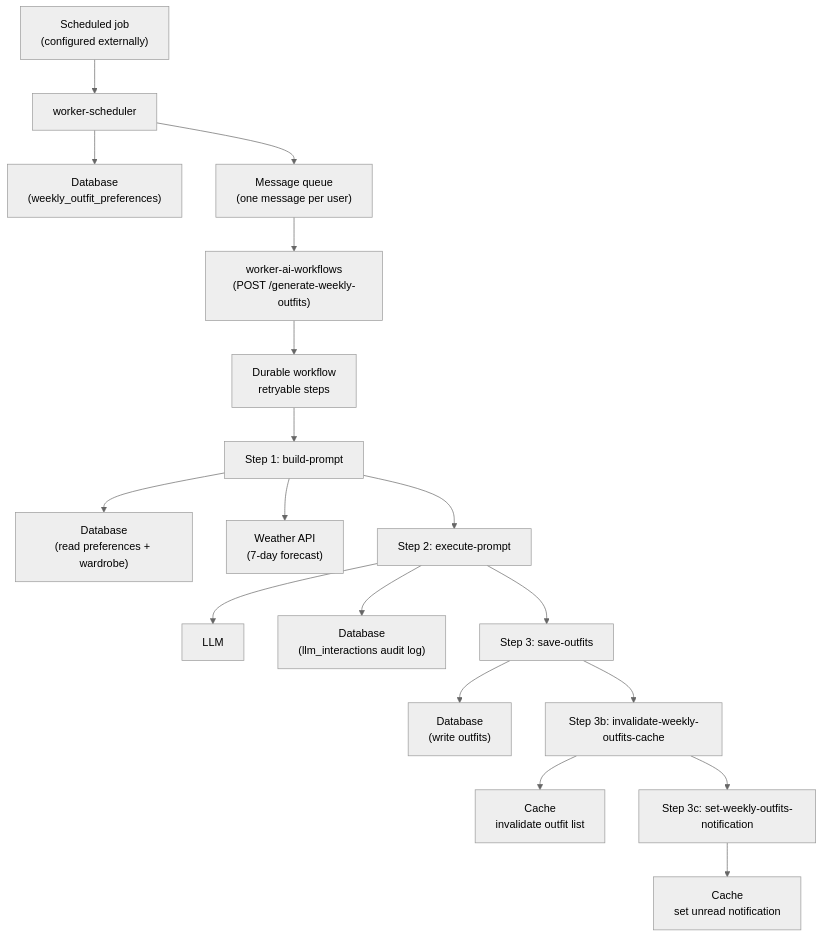
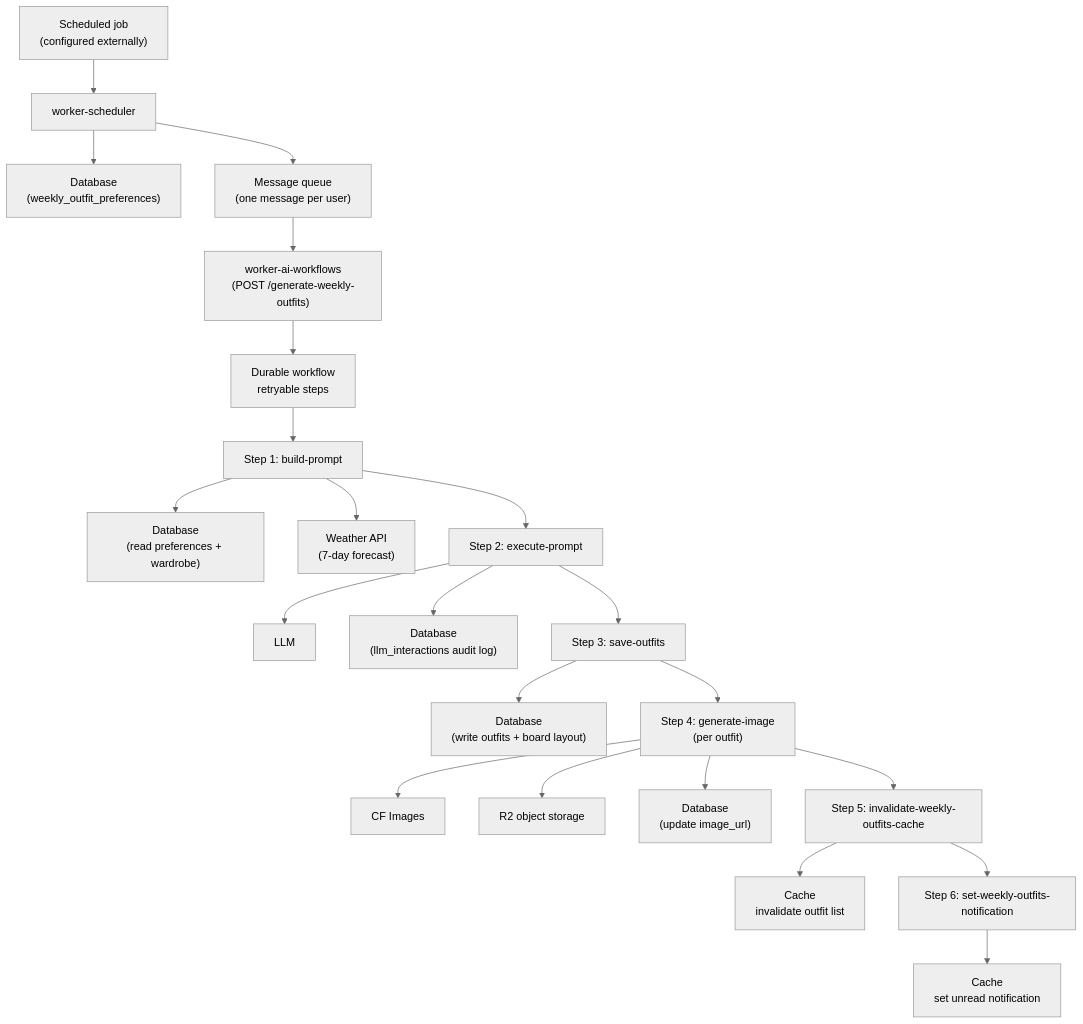
One commit to emmanuelviniciusdev/SkyDIIV--backstage changed the first of 3 diagrams in apps/worker-ai-workflows/docs/WEEKLY_OUTFITS_WORKFLOW.md. Above: the diagram before and after it, drawn with Mermaid (neutral theme). The commit also changed other lines of this file and 18 other files, not shown here.

First line of the commit message:
feat(worker-ai-workflows): add creative-board layout and thumbnails to weekly outfits

````diff
--- a/apps/worker-ai-workflows/docs/WEEKLY_OUTFITS_WORKFLOW.md
+++ b/apps/worker-ai-workflows/docs/WEEKLY_OUTFITS_WORKFLOW.md
@@ -25,32 +26,37 @@
 ```mermaid
 graph TD
     CRON["Scheduled job\n(configured externally)"]
     SCHED["worker-scheduler"]
     DB0["Database\n(weekly_outfit_preferences)"]
     MQ["Message queue\n(one message per user)"]
     WORKER["worker-ai-workflows\n(POST /generate-weekly-outfits)"]
     WF["Durable workflow\nretryable steps"]
 
     CRON --> SCHED
     SCHED --> DB0
     SCHED --> MQ
     MQ --> WORKER
     WORKER --> WF
 
     WF --> S1["Step 1: build-prompt"]
     S1 --> DB1["Database\n(read preferences + wardrobe)"]
     S1 --> WX["Weather API\n(7-day forecast)"]
 
     S1 --> S2["Step 2: execute-prompt"]
     S2 --> LLM["LLM"]
     S2 --> LLMLOG["Database\n(llm_interactions audit log)"]
 
     S2 --> S3["Step 3: save-outfits"]
-    S3 --> DB2["Database\n(write outfits)"]
+    S3 --> DB2["Database\n(write outfits + board layout)"]
 
-    S3 --> S3B["Step 3b: invalidate-weekly-outfits-cache"]
-    S3B --> CACHE1["Cache\ninvalidate outfit list"]
+    S3 --> S4["Step 4: generate-image\n(per outfit)"]
+    S4 --> CFI["CF Images"]
+    S4 --> R2["R2 object storage"]
+    S4 --> DB3["Database\n(update image_url)"]
 
-    S3B --> S3C["Step 3c: set-weekly-outfits-notification"]
-    S3C --> CACHE2["Cache\nset unread notification"]
+    S4 --> S5["Step 5: invalidate-weekly-outfits-cache"]
+    S5 --> CACHE1["Cache\ninvalidate outfit list"]
+
+    S5 --> S6["Step 6: set-weekly-outfits-notification"]
+    S6 --> CACHE2["Cache\nset unread notification"]
 ```
````
